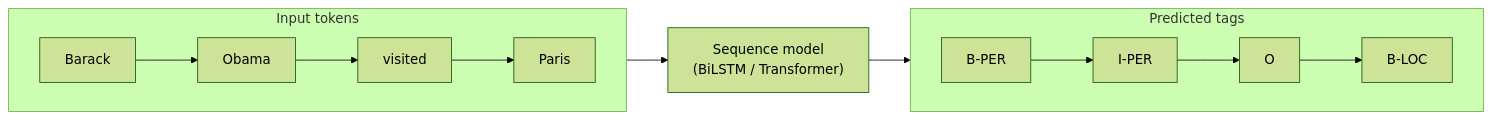
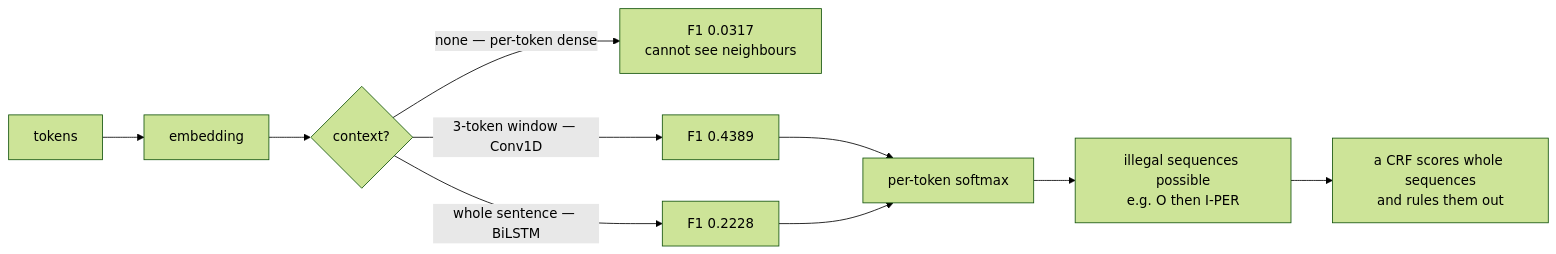
One commit to Ravikisha/PythonCentralHub changed the diagram in src/content/docs/Deep Learning/Phase 05 - NLP & Transformers/Named Entity Recognition (NER).mdx. Above: the diagram before and after it, drawn with Mermaid (forest theme). The commit also changed other lines of this file and 626 other files, not shown here.

````diff
--- a/src/content/docs/Deep Learning/Phase 05 - NLP & Transformers/Named Entity Recognition (NER).mdx
+++ b/src/content/docs/Deep Learning/Phase 05 - NLP & Transformers/Named Entity Recognition (NER).mdx
@@ -25,13 +163,12 @@
-```mermaid title="NER as token classification" desc="Every token gets its own tag, predicted by the same sequence model applied at each position."
+```mermaid
 flowchart LR
-  subgraph Tokens["Input tokens"]
-    direction LR
-    W1["Barack"] --> W2["Obama"] --> W3["visited"] --> W4["Paris"]
-  end
-  Tokens --> M["Sequence model<br/>(BiLSTM / Transformer)"]
-  M --> Tags
-  subgraph Tags["Predicted tags"]
-    direction LR
-    T1["B-PER"] --> T2["I-PER"] --> T3["O"] --> T4["B-LOC"]
-  end
+  A["tokens"] --> B["embedding"]
+  B --> C{"context?"}
+  C -->|"none — per-token dense"| D["F1 0.0317<br/>cannot see neighbours"]
+  C -->|"3-token window — Conv1D"| E["F1 0.4389"]
+  C -->|"whole sentence — BiLSTM"| F["F1 0.2228"]
+  E --> G["per-token softmax"]
+  F --> G
+  G --> H["illegal sequences possible<br/>e.g. O then I-PER"]
+  H --> I["a CRF scores whole sequences<br/>and rules them out"]
 ```
````
